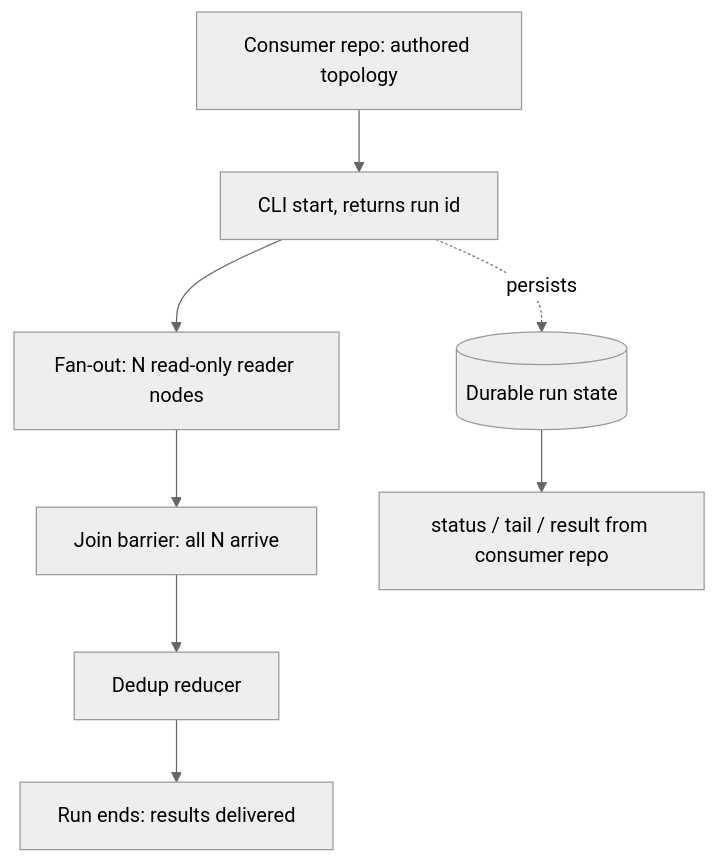
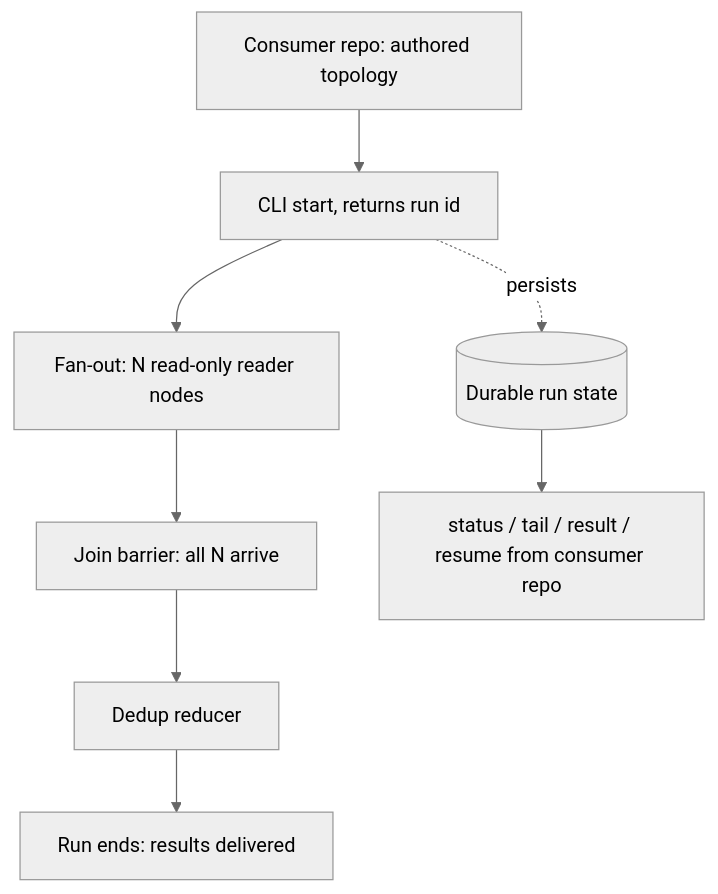
The first of 3 diagrams in docs/plans/2026-07-24-001-feat-engine-slice-1-plan.md (FlorianRiquelme/graph-bro), drawn with Mermaid (neutral theme) before and after one commit. The commit also changed other lines of this file, not shown here.

````diff
--- a/docs/plans/2026-07-24-001-feat-engine-slice-1-plan.md
+++ b/docs/plans/2026-07-24-001-feat-engine-slice-1-plan.md
@@ -89,10 +91,10 @@
 ```mermaid
 flowchart TB
   A[Consumer repo: authored topology] --> B[CLI start, returns run id]
   B --> C[Fan-out: N read-only reader nodes]
   C --> D[Join barrier: all N arrive]
   D --> E[Dedup reducer]
   E --> F[Run ends: results delivered]
   B -. persists .-> G[(Durable run state)]
-  G --> H[status / tail / result from consumer repo]
+  G --> H[status / tail / result / resume from consumer repo]
 ```
````
